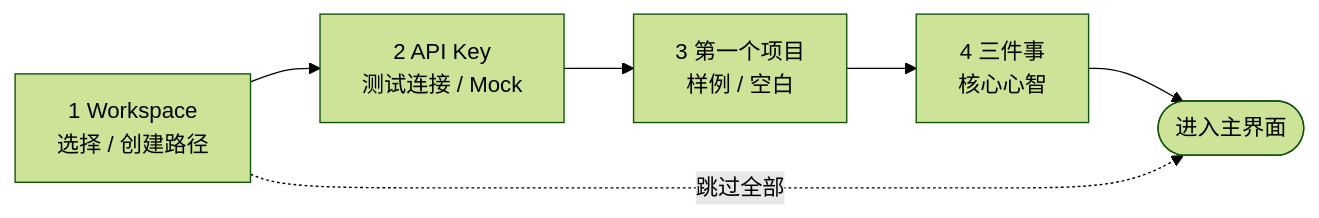
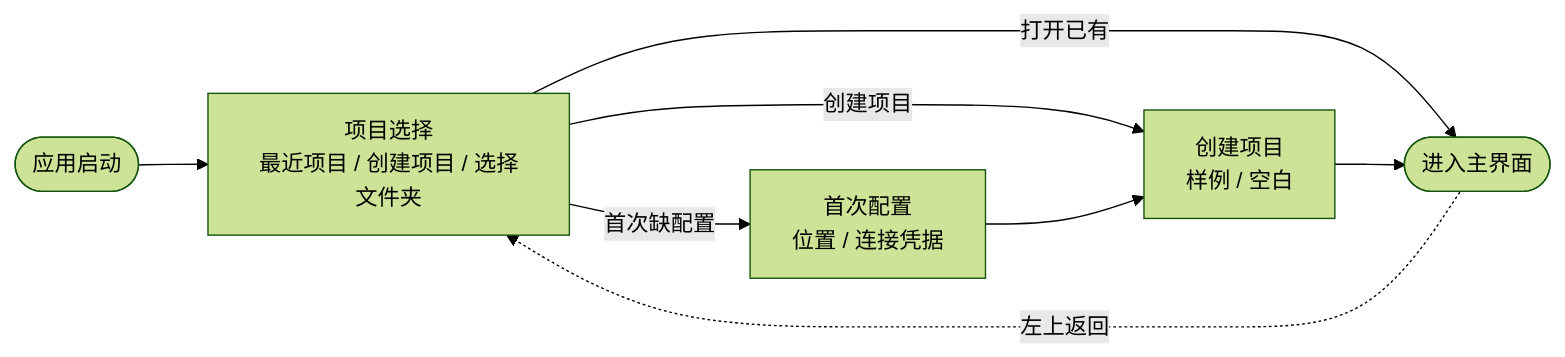
Before and after one commit to jinhuang712/open-novel: the diagram in design/05-onboarding.md, drawn with Mermaid (forest theme). The commit also changed other lines of this file and 79 other files, not shown here.

````diff
--- a/design/05-onboarding.md
+++ b/design/05-onboarding.md
@@ -9,5 +11,9 @@
 ```mermaid
 flowchart LR
-  S1["1 Workspace<br/>选择 / 创建路径"] --> S2["2 API Key<br/>测试连接 / Mock"] --> S3["3 第一个项目<br/>样例 / 空白"] --> S4["4 三件事<br/>核心心智"] --> MAIN([进入主界面])
-  S1 -. 跳过全部 .-> MAIN
+  BOOT([应用启动]) --> PICK["项目选择<br/>最近项目 / 创建项目 / 选择文件夹"]
+  PICK -->|打开已有| MAIN([进入主界面])
+  PICK -->|创建项目| CREATE["创建项目<br/>样例 / 空白"]
+  PICK -->|首次缺配置| SETUP["首次配置<br/>位置 / 连接凭据"]
+  SETUP --> CREATE --> MAIN
+  MAIN -. 左上返回 .-> PICK
 ```
````
